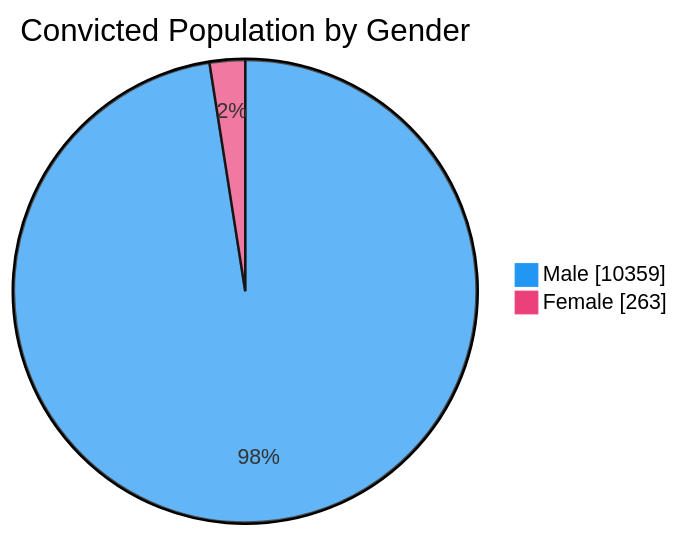
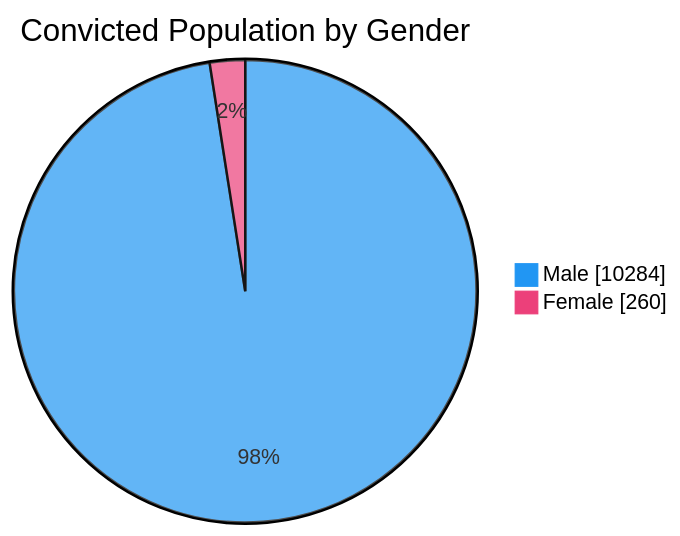
The third of 7 diagrams in README.md (nuuuwan/lk_prisons), drawn with Mermaid before and after one commit. The commit also changed other lines of this file and 1 other file, not shown here.

````diff
--- a/README.md
+++ b/README.md
@@ -65,6 +65,6 @@
 ```mermaid
 %%{init: {'themeVariables': {'pie1': '#2196F3', 'pie2': '#EC407A'}}}%%
 pie showData title Convicted Population by Gender
-    "Male" : 10359
-    "Female" : 263
+    "Male" : 10284
+    "Female" : 260
 ```
````
